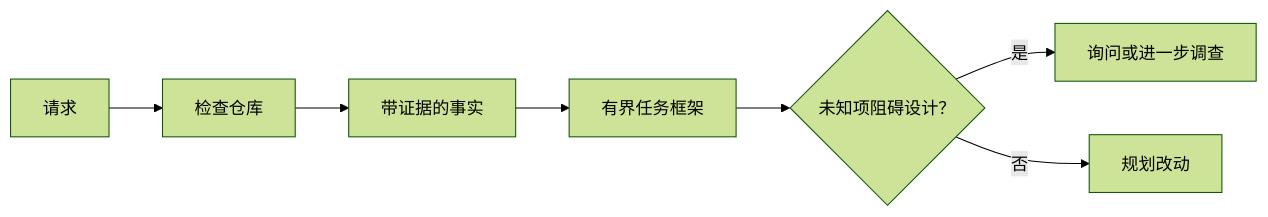
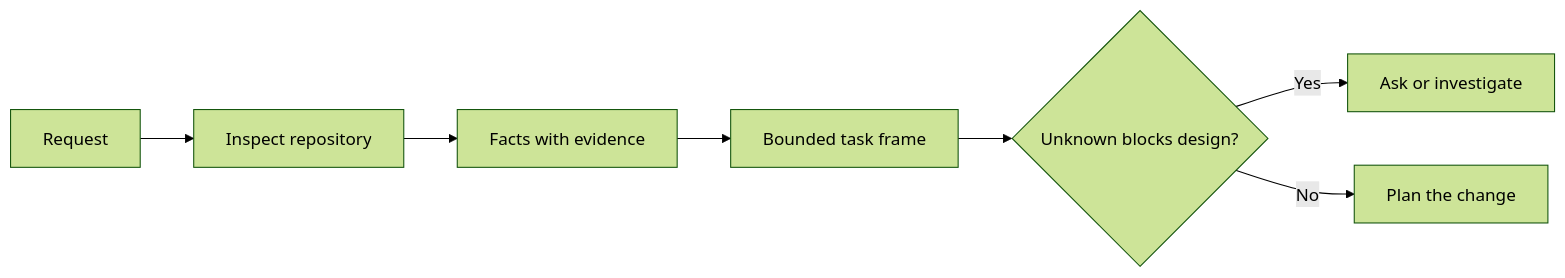
The diagram in i18n/zh/phases/14-agent-engineering/43-frame-the-task-before-code/docs/zh.md (xiaojiaenen/ai-engineering-from-scratch-zh), drawn with Mermaid (forest theme) before and after one commit. The commit also changed other lines of this file and 54 other files, not shown here.

````diff
--- a/i18n/zh/phases/14-agent-engineering/43-frame-the-task-before-code/docs/zh.md
+++ b/i18n/zh/phases/14-agent-engineering/43-frame-the-task-before-code/docs/zh.md
@@ -40,9 +40,9 @@
 ```mermaid
 flowchart LR
-  R[请求] --> I[检查仓库]
-  I --> F[带证据的事实]
-  F --> B[有界任务框架]
-  B --> D{未知项阻碍设计？}
-  D -->|是| Q[询问或进一步调查]
-  D -->|否| P[规划改动]
+  R[Request] --> I[Inspect repository]
+  I --> F[Facts with evidence]
+  F --> B[Bounded task frame]
+  B --> D{Unknown blocks design?}
+  D -->|Yes| Q[Ask or investigate]
+  D -->|No| P[Plan the change]
 ```
````
